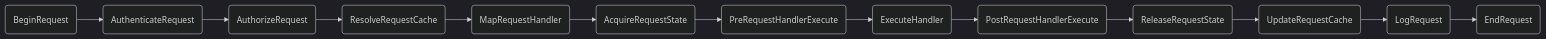
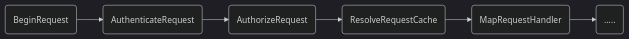
The second of 2 diagrams in source/_posts/Prerender.md (Josephmtsai/Josephmtsai.github.io), drawn with Mermaid (dark theme) before and after one commit. The commit also changed other lines of this file and 4 other files, not shown here.

````diff
--- a/source/_posts/Prerender.md
+++ b/source/_posts/Prerender.md
@@ -57,15 +60,8 @@
 ```mermaid
 graph LR
     A(BeginRequest) --> B(AuthenticateRequest)
     B --> C(AuthorizeRequest)
     C --> D(ResolveRequestCache)
     D --> E(MapRequestHandler)
-    E --> F(AcquireRequestState)
-    F --> G(PreRequestHandlerExecute)
-    G --> H(ExecuteHandler)
-    H --> I(PostRequestHandlerExecute)
-    I --> J(ReleaseRequestState)
-    J --> K(UpdateRequestCache)
-    K --> L(LogRequest)
-    L --> M(EndRequest)
+    E --> F(.....)
 ```
````
